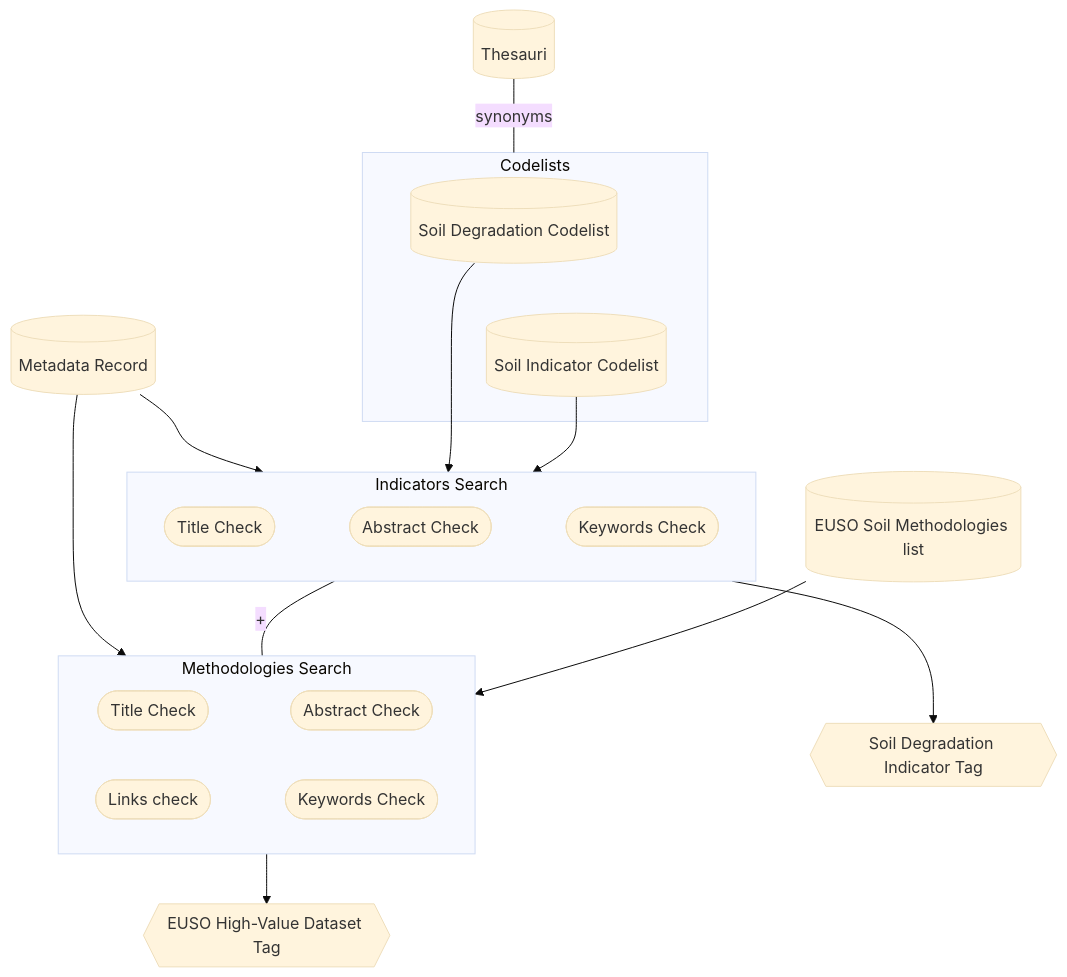
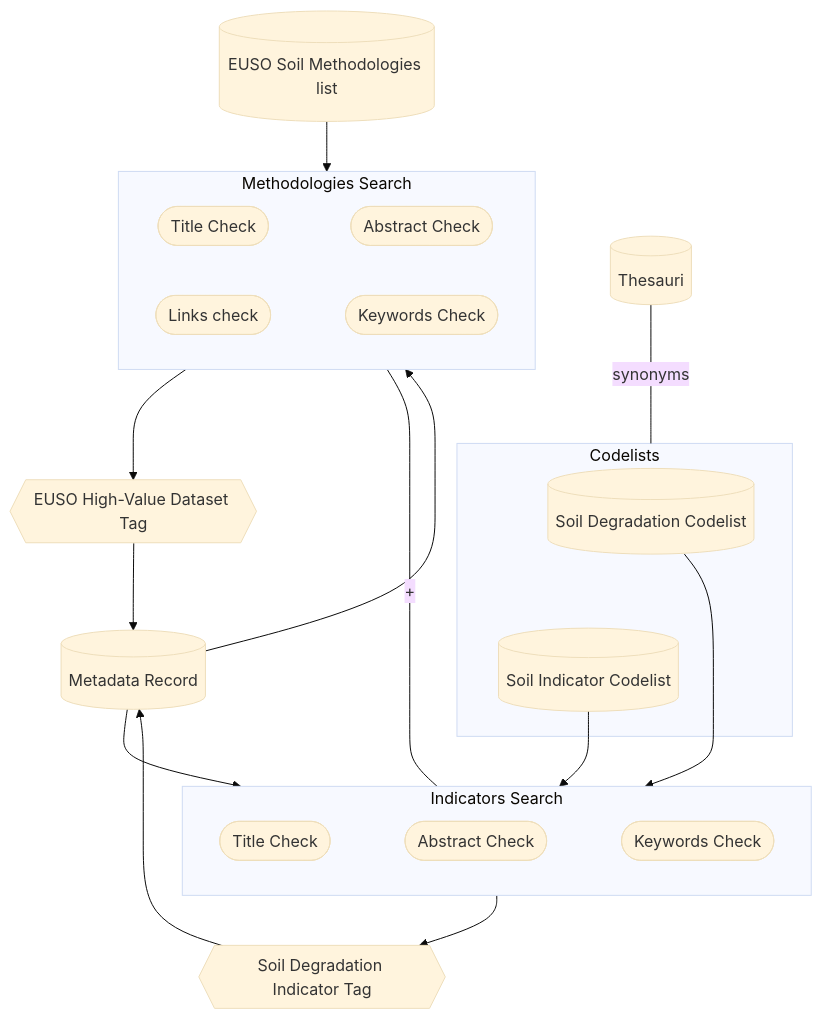
One commit to soilwise-he/SoilWise-documentation changed the diagram in tech/docs/technical_components/metadata_augmentation.md. Above: the diagram before and after it, drawn with Mermaid (base theme).

Commit message:
upd mermaid EUSO high-value

````diff
--- a/tech/docs/technical_components/metadata_augmentation.md
+++ b/tech/docs/technical_components/metadata_augmentation.md
@@ -171,23 +171,25 @@
 ``` mermaid
 flowchart TD
     subgraph ic[Indicators Search]
         ti([Title Check]) ~~~ ai([Abstract Check])
         ai ~~~ ki([Keywords Check])
     end
     subgraph Codelists
         sd ~~~ si
     end
     subgraph M[Methodologies Search]
         tiM([Title Check]) ~~~ aiM([Abstract Check])
         kl([Links check]) ~~~ kM([Keywords Check])
     end
     m[(Metadata Record)] --> ic
     m --> M
     ic-- + ---M
     sd[(Soil Degradation Codelist)] --> ic
     si[(Soil Indicator Codelist)] --> ic
     em[(EUSO Soil Methodologies list)] --> M
     M --> et{{EUSO High-Value Dataset Tag}}
+    et --> m
     ic --> es{{Soil Degradation Indicator Tag}}
+    es --> m
     th[(Thesauri)]-- synonyms ---Codelists
 ```
````
